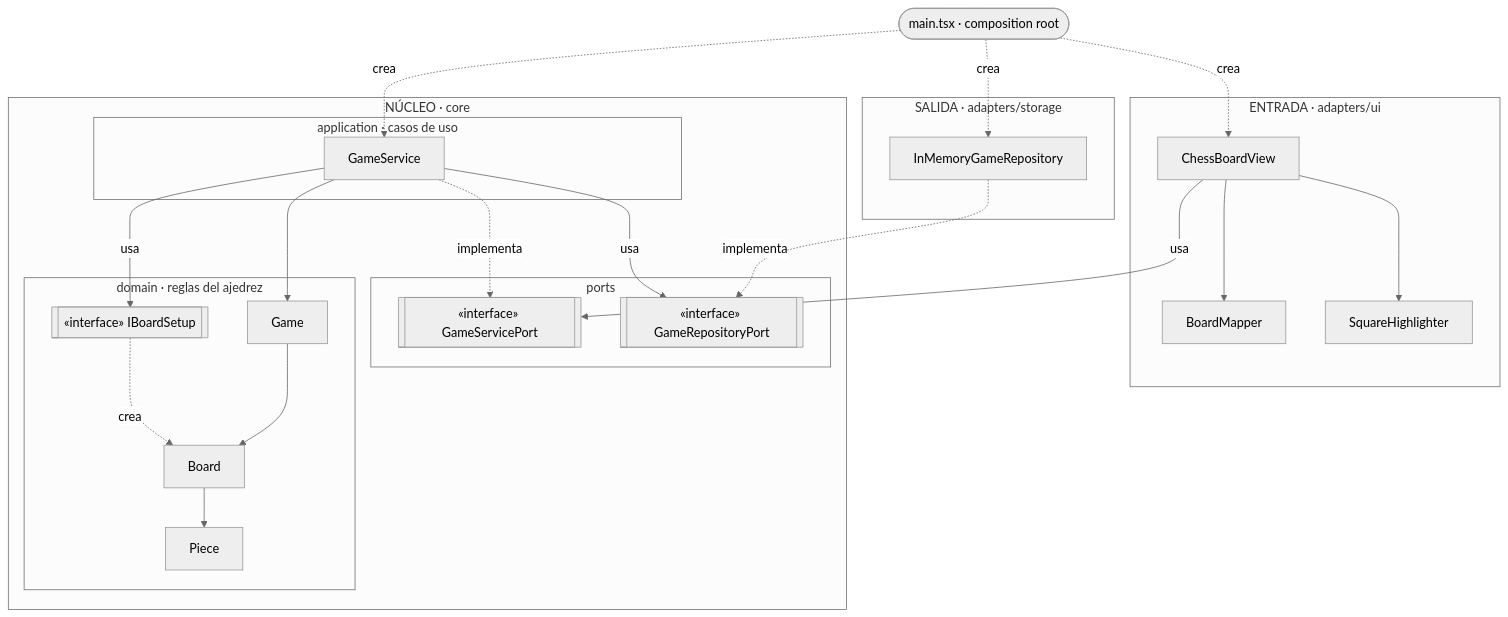
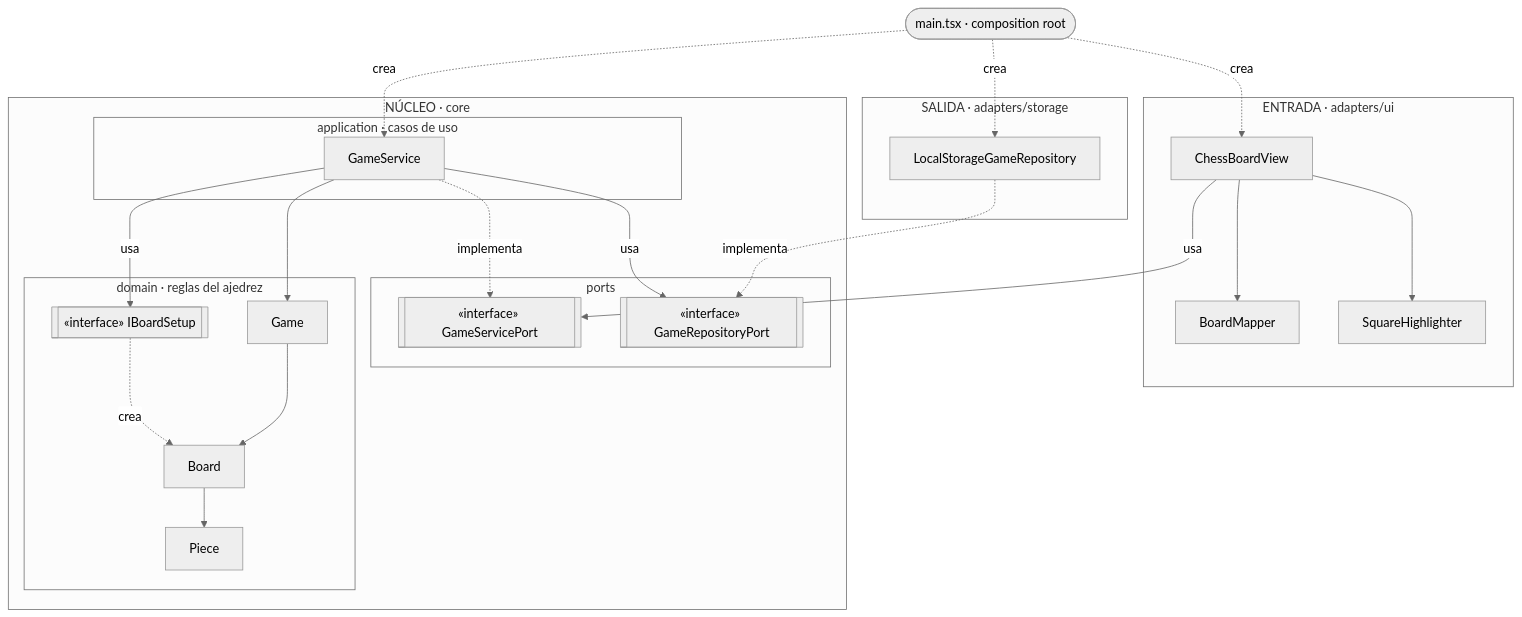
The first of 3 diagrams in docs/diagrama-clases.md (G-Mazzeo/ajedrez_tp_inge_software), drawn with Mermaid (neutral theme) before and after one commit. The commit also changed other lines of this file and 5 other files, not shown here.

First line of the commit message:
Guardar la partida en localStorage

````diff
--- a/docs/diagrama-clases.md
+++ b/docs/diagrama-clases.md
@@ -7,42 +7,42 @@
 ```mermaid
 flowchart TB
   Main(["main.tsx · composition root"])
 
   subgraph UI["ENTRADA · adapters/ui"]
     View["ChessBoardView"]
     Mapper["BoardMapper"]
     Highlighter["SquareHighlighter"]
   end
 
   subgraph STORAGE["SALIDA · adapters/storage"]
-    Repo["InMemoryGameRepository"]
+    Repo["LocalStorageGameRepository"]
   end
 
   subgraph CORE["NÚCLEO · core"]
     subgraph PORTS["ports"]
       InPort[["«interface» GameServicePort"]]
       OutPort[["«interface» GameRepositoryPort"]]
     end
     subgraph APP["application · casos de uso"]
       Service["GameService"]
     end
     subgraph DOMAIN["domain · reglas del ajedrez"]
       Game["Game"] --> Board["Board"] --> Piece["Piece"]
       Setup[["«interface» IBoardSetup"]] -.->|crea| Board
     end
   end
 
   Main -.->|crea| View
   Main -.->|crea| Repo
   Main -.->|crea| Service
 
   View -->|usa| InPort
   View --> Mapper
   View --> Highlighter
   Repo -.->|implementa| OutPort
 
   Service -.->|implementa| InPort
   Service -->|usa| OutPort
   Service --> Game
   Service -->|usa| Setup
 ```
````
